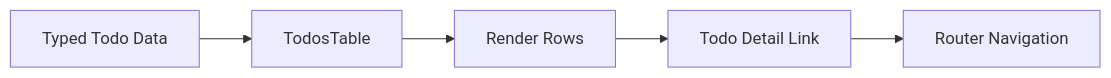
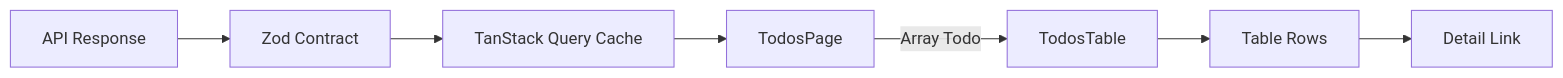
The first of 6 diagrams in docs/details/todos/components-todos-table.md (thehermitdev/tanstack-router-boilerplate), drawn with Mermaid before and after one commit. The commit also changed other lines of this file, not shown here.

Commit message:
docs: explain todos table component

````diff
--- a/docs/details/todos/components-todos-table.md
+++ b/docs/details/todos/components-todos-table.md
@@ -51,7 +39,9 @@
 ```mermaid
 flowchart LR
-    A[Typed Todo Data] --> B[TodosTable]
-    B --> C[Render Rows]
-    C --> D[Todo Detail Link]
-    D --> E[Router Navigation]
+    A[API Response] --> B[Zod Contract]
+    B --> C[TanStack Query Cache]
+    C --> D[TodosPage]
+    D -->|Array Todo| E[TodosTable]
+    E --> F[Table Rows]
+    F --> G[Detail Link]
 ```
````
